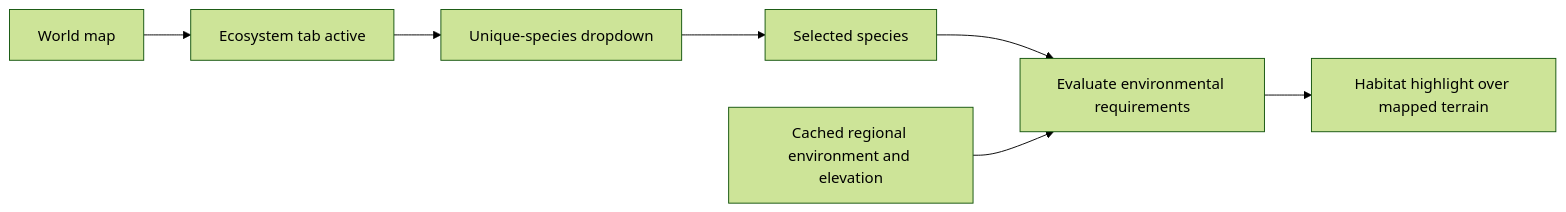
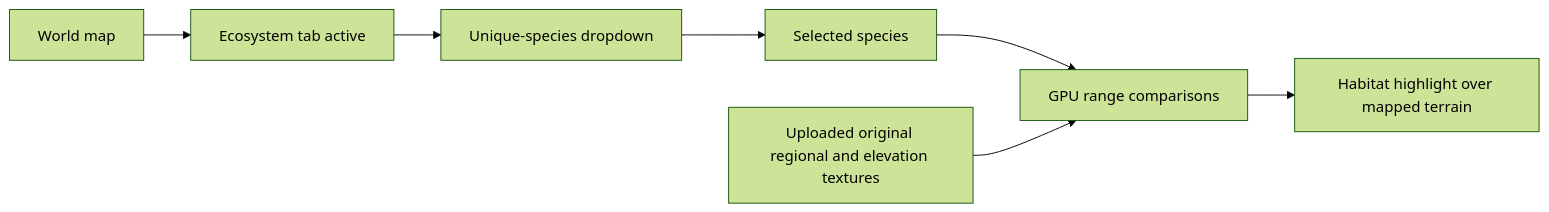
The first of 3 diagrams in docs/ecosystem-map/EcosystemMapProposal.md (dsisco11/VanillaExpanded), drawn with Mermaid (forest theme) before and after one commit. The commit also changed other lines of this file and 22 other files, not shown here.

Commit message:
[Phase 5]: Prepare GPU inputs and evaluate a single criteria set

````diff
--- a/docs/ecosystem-map/EcosystemMapProposal.md
+++ b/docs/ecosystem-map/EcosystemMapProposal.md
@@ -25,9 +25,9 @@
 ```mermaid
 flowchart LR
     Map[World map] --> Tab[Ecosystem tab active]
     Tab --> Species[Unique-species dropdown]
     Species --> Selection[Selected species]
-    Selection --> Evaluation[Evaluate environmental requirements]
-    Environment[Cached regional environment and elevation] --> Evaluation
+    Selection --> Evaluation[GPU range comparisons]
+    Environment[Uploaded original regional and elevation textures] --> Evaluation
     Evaluation --> Highlight[Habitat highlight over mapped terrain]
 ```
````
